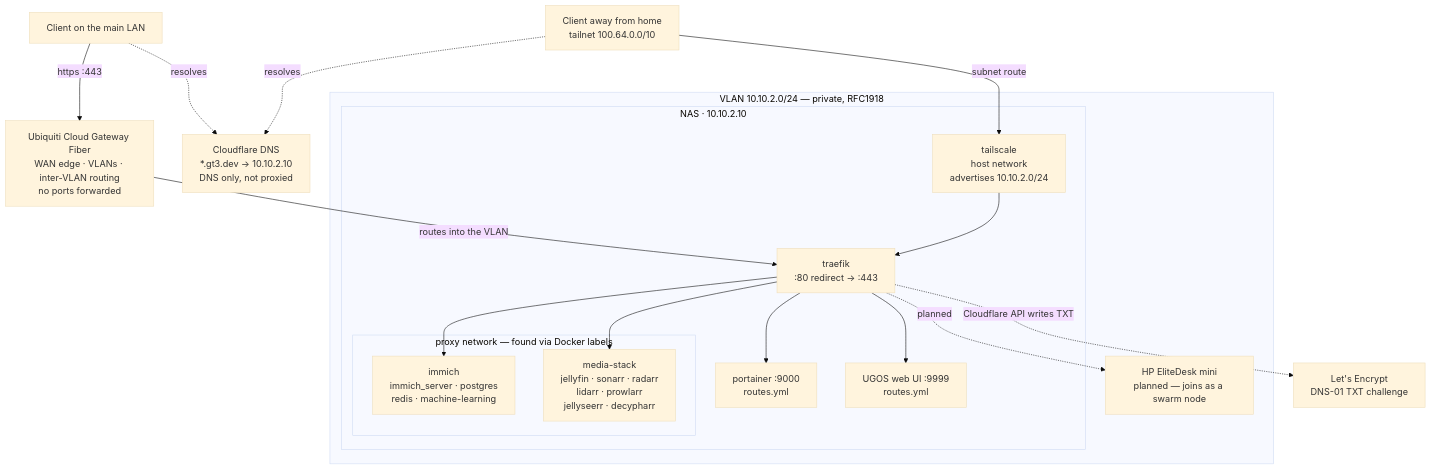
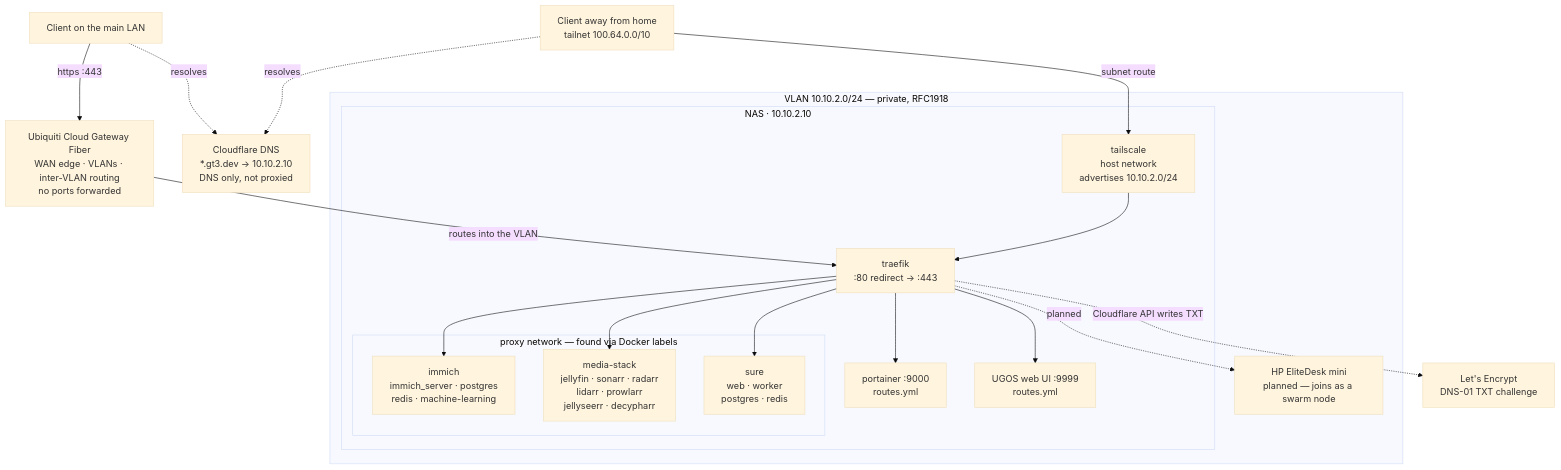
The diagram in README.md (mhallo/homelab), drawn with Mermaid (base theme) before and after one commit. The commit also changed other lines of this file and 5 other files, not shown here.

````diff
--- a/README.md
+++ b/README.md
@@ -38,41 +39,43 @@
 ```mermaid
 flowchart TB
     CF["Cloudflare DNS<br>*.gt3.dev → 10.10.2.10<br>DNS only, not proxied"]
     LE["Let's Encrypt<br>DNS-01 TXT challenge"]
 
     AWAY["Client away from home<br>tailnet 100.64.0.0/10"]
     HOME["Client on the main LAN"]
 
     UCG["Ubiquiti Cloud Gateway Fiber<br>WAN edge · VLANs · inter-VLAN routing<br>no ports forwarded"]
 
     HOME -. "resolves" .-> CF
     AWAY -. "resolves" .-> CF
     HOME -- "https :443" --> UCG
     UCG -- "routes into the VLAN" --> TRAEFIK
 
     subgraph VLAN["VLAN 10.10.2.0/24 — private, RFC1918"]
         subgraph NAS["NAS · 10.10.2.10"]
             TSC["tailscale<br>host network<br>advertises 10.10.2.0/24"]
             TRAEFIK["traefik<br>:80 redirect → :443"]
             PORT["portainer :9000<br>routes.yml"]
             UGOS["UGOS web UI :9999<br>routes.yml"]
 
             subgraph STACKS["proxy network — found via Docker labels"]
                 IMM["immich<br>immich_server · postgres<br>redis · machine-learning"]
                 MED["media-stack<br>jellyfin · sonarr · radarr<br>lidarr · prowlarr<br>jellyseerr · decypharr"]
+                SURE["sure<br>web · worker<br>postgres · redis"]
             end
         end
 
         HP["HP EliteDesk mini<br>planned — joins as a swarm node"]
     end
 
     AWAY -- "subnet route" --> TSC
     TSC --> TRAEFIK
 
     TRAEFIK --> IMM
     TRAEFIK --> MED
+    TRAEFIK --> SURE
     TRAEFIK --> PORT
     TRAEFIK --> UGOS
     TRAEFIK -. "planned" .-> HP
     TRAEFIK -. "Cloudflare API writes TXT" .-> LE
 ```
````
